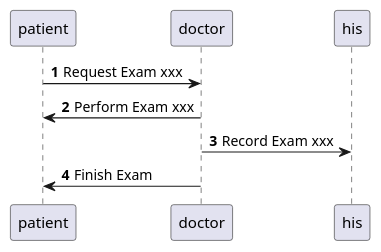
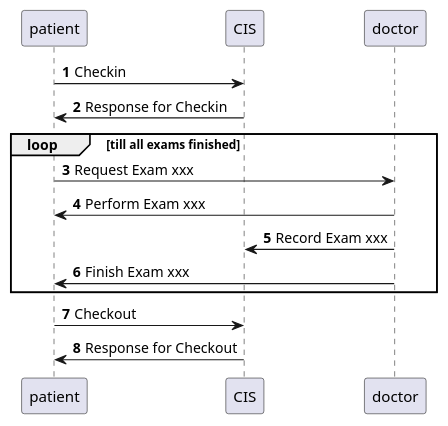
The third of 4 diagrams in README.md (twotwo/microservice-physical-exam), drawn with PlantUML before and after one commit. The commit also changed other lines of this file, not shown here.

Commit message:
Add Domain Models with DB Schema

````diff
--- a/README.md
+++ b/README.md
@@ -47,9 +53,15 @@
 ```plantuml
 @startuml
 autonumber
-patient -> doctor : Request Exam xxx
-patient <- doctor : Perform Exam xxx
-his <- doctor : Record Exam xxx
-patient <- doctor : Finish Exam
+patient -> CIS : Checkin
+patient <- CIS : Response for Checkin
+loop till all exams finished
+  patient -> doctor : Request Exam xxx
+  patient <- doctor : Perform Exam xxx
+  CIS <- doctor : Record Exam xxx
+  patient <- doctor : Finish Exam xxx
+end
+patient -> CIS : Checkout
+patient <- CIS : Response for Checkout
 @enduml
 ```
````
